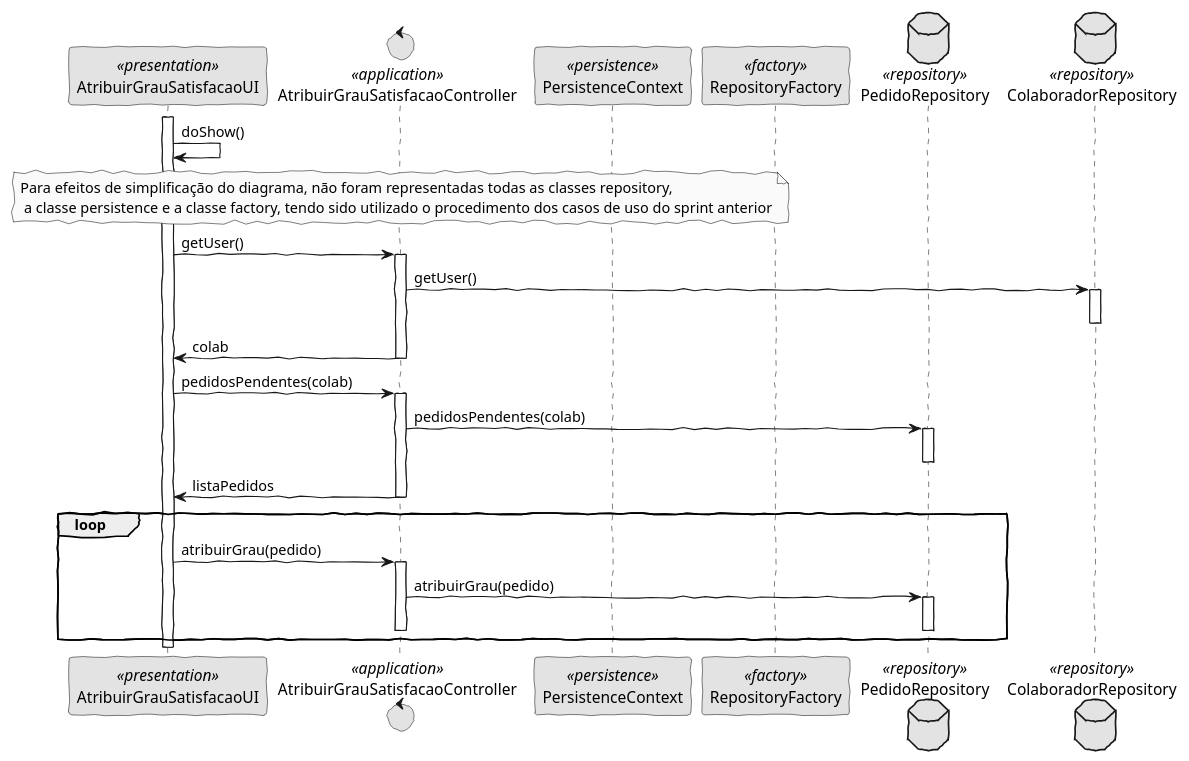
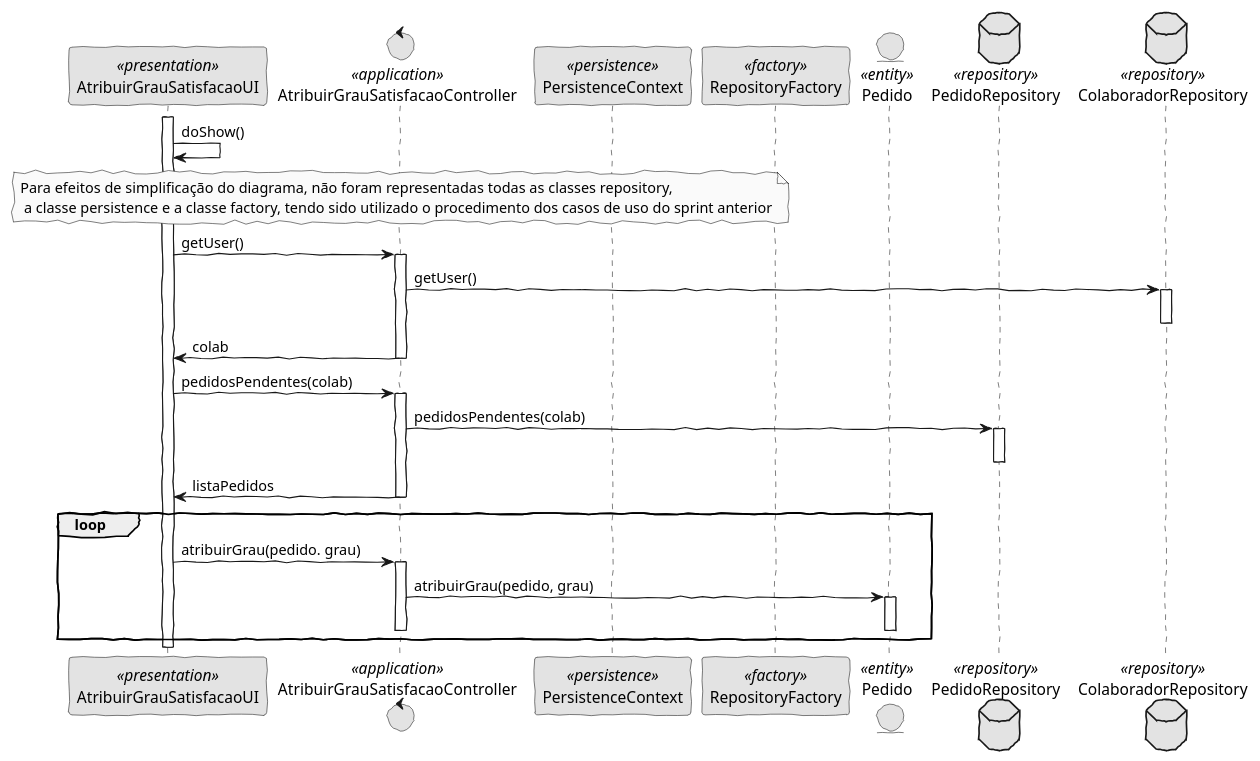
One commit to pedrolemos4/LAPR4 changed the diagram in docs/Sprint D/1190769/US3051/SD.puml. Above: the diagram before and after it, drawn with PlantUML. The commit also changed 4 other files, not shown here.

```diff
--- a/docs/Sprint D/1190769/US3051/SD.puml
+++ b/docs/Sprint D/1190769/US3051/SD.puml
@@ -1,44 +1,45 @@
 @startuml
 'http://plantuml.com/skinparam.html
 skinparam handwritten true
 skinparam monochrome true
 skinparam packageStyle rect
 skinparam defaultFontName FG Virgil
 skinparam shadowing false
 
 participant AtribuirGrauSatisfacaoUI as UI <<presentation>>
 control AtribuirGrauSatisfacaoController as CTRL <<application>>
 participant PersistenceContext as Persistence <<persistence>>
 participant RepositoryFactory as Factory <<factory>>
+entity Pedido as Ped <<entity>>
 database PedidoRepository as PRepository <<repository>>
 database ColaboradorRepository as CRepository <<repository>>
 
 activate UI
 
 UI -> UI : doShow()
  note over CTRL: Para efeitos de simplificação do diagrama, não foram representadas todas as classes repository,\n a classe persistence e a classe factory, tendo sido utilizado o procedimento dos casos de uso do sprint anterior
 UI -> CTRL: getUser()
     activate CTRL
     CTRL -> CRepository: getUser()
       activate CRepository
       deactivate CRepository
       CTRL -> UI: colab
     deactivate CTRL
     
 UI -> CTRL: pedidosPendentes(colab)
     activate CTRL
       CTRL -> PRepository: pedidosPendentes(colab)
       activate PRepository
       deactivate PRepository
       CTRL -> UI: listaPedidos
     deactivate CTRL
 loop
-UI -> CTRL: atribuirGrau(pedido)
+UI -> CTRL: atribuirGrau(pedido. grau)
     activate CTRL
-      CTRL -> PRepository: atribuirGrau(pedido)
-      activate PRepository
-      deactivate PRepository
+      CTRL -> Ped: atribuirGrau(pedido, grau)
+      activate Ped
+      deactivate Ped
     deactivate CTRL
 end
 deactivate UI
 @enduml
```
